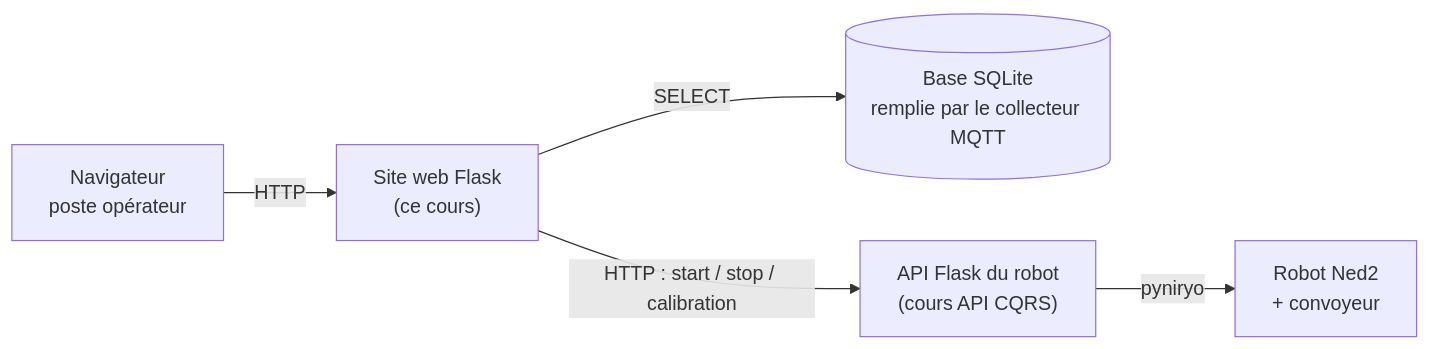
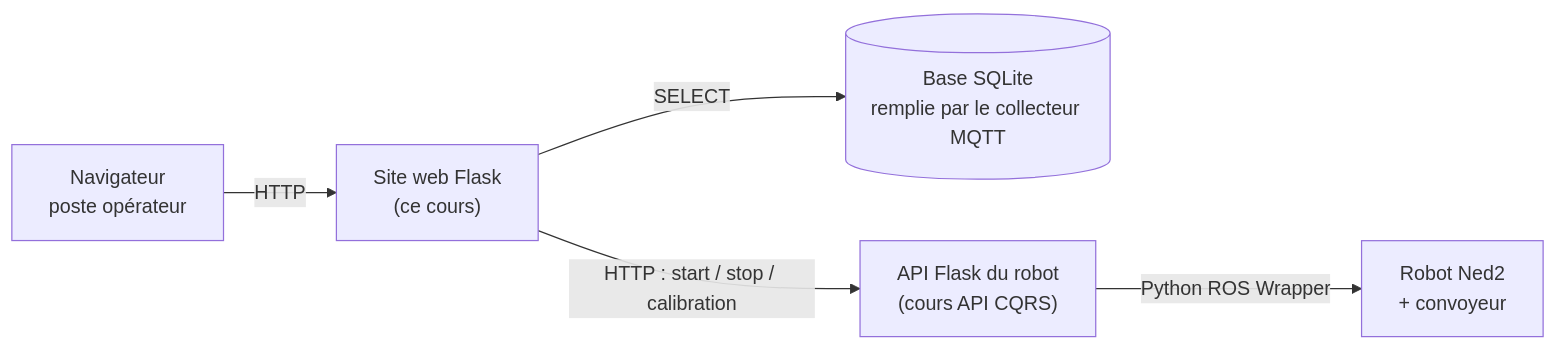
The diagram in cours/intro_flask.md (fabrice1618/niryo2), drawn with Mermaid before and after one commit. The commit also changed other lines of this file and 37 other files, not shown here.

First line of the commit message:
Option A : programme process et API sur le robot avec le Python ROS Wrapper

````diff
--- a/cours/intro_flask.md
+++ b/cours/intro_flask.md
@@ -7,7 +7,7 @@
 ```mermaid
 flowchart LR
     OP["Navigateur<br/>poste opérateur"] -- "HTTP" --> WEB["Site web Flask<br/>(ce cours)"]
     WEB -- "SELECT" --> DB[("Base SQLite<br/>remplie par le collecteur MQTT")]
     WEB -- "HTTP : start / stop / calibration" --> API["API Flask du robot<br/>(cours API CQRS)"]
-    API -- "pyniryo" --> ROBOT["Robot Ned2<br/>+ convoyeur"]
+    API -- "Python ROS Wrapper" --> ROBOT["Robot Ned2<br/>+ convoyeur"]
 ```
````
